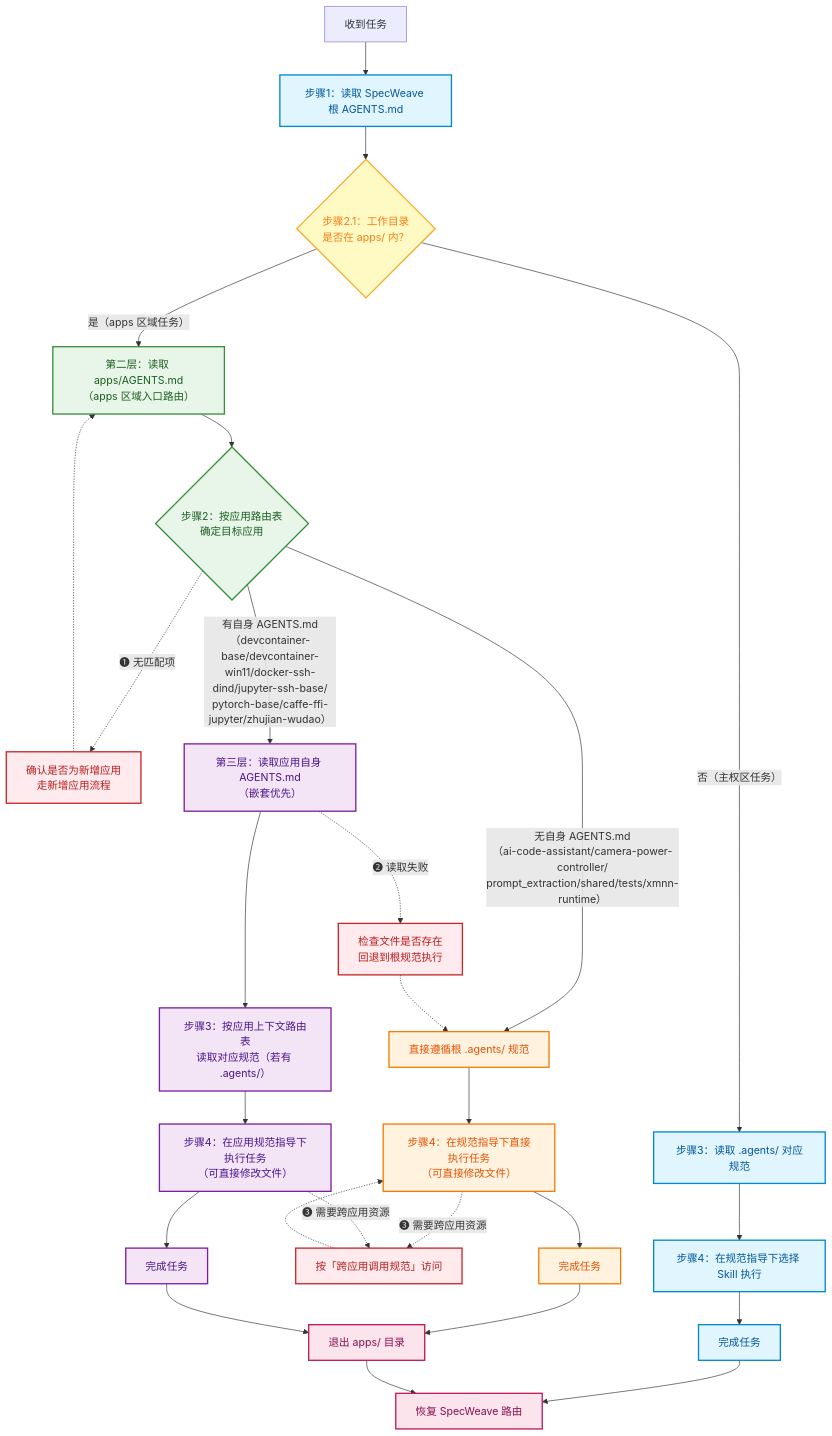
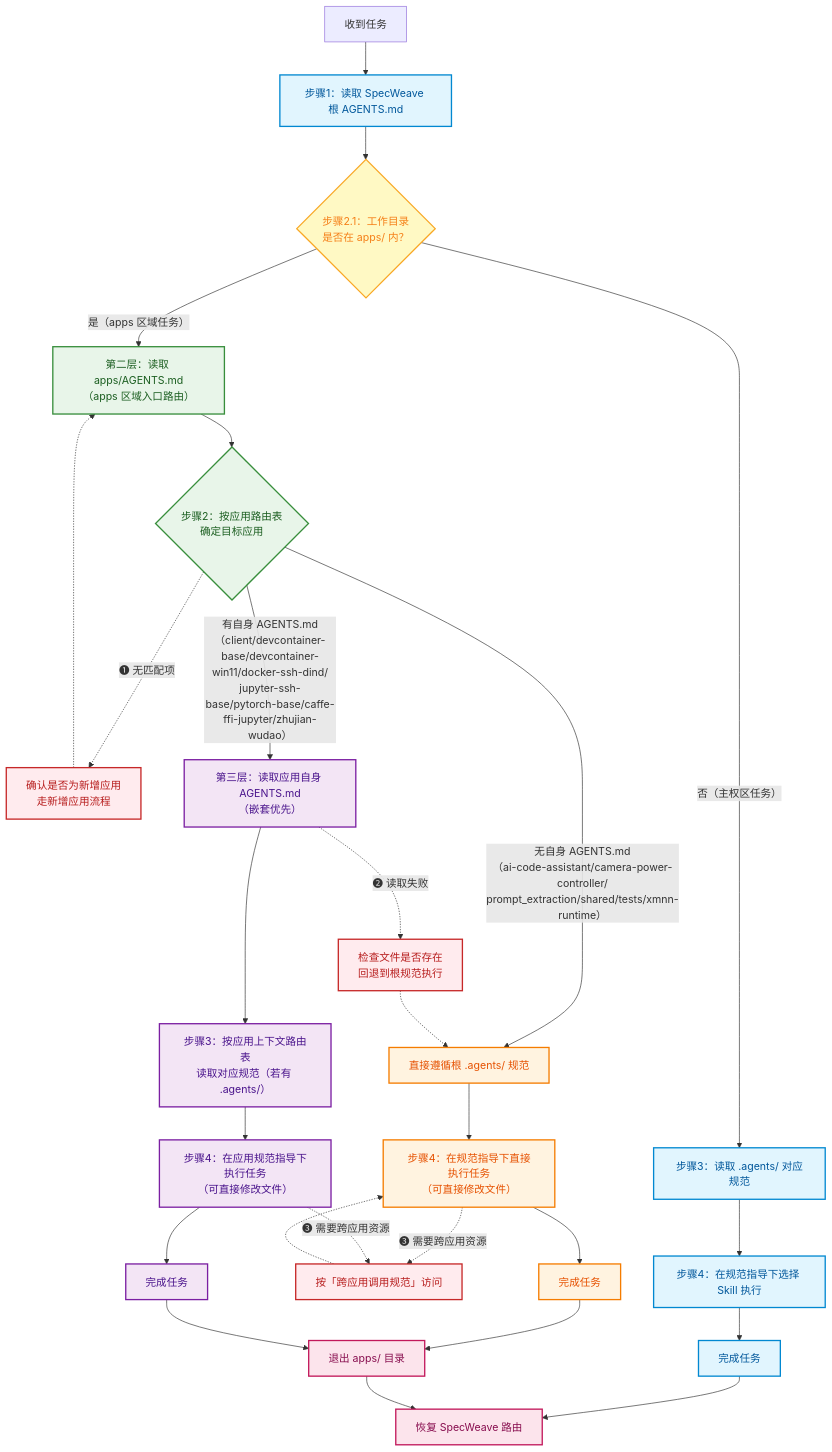
The diagram in apps/AGENTS.md (xinetzone/SpecWeave), drawn with Mermaid before and after one commit. The commit also changed other lines of this file and 6 other files, not shown here.

````diff
--- a/apps/AGENTS.md
+++ b/apps/AGENTS.md
@@ -90,43 +90,43 @@
 ```mermaid
 flowchart TD
     Start["收到任务"] --> Step1["步骤1：读取 SpecWeave 根 AGENTS.md"]
     Step1 --> Step21{"步骤2.1：工作目录<br/>是否在 apps/ 内？"}
     Step21 -->|"否（主权区任务）"| Step3A["步骤3：读取 .agents/ 对应规范"]
     Step3A --> Step4A["步骤4：在规范指导下选择 Skill 执行"]
     Step4A --> Done1["完成任务"]
     Step21 -->|"是（apps 区域任务）"| Layer2["第二层：读取 apps/AGENTS.md<br/>（apps 区域入口路由）"]
     Layer2 --> SubApp{"步骤2：按应用路由表<br/>确定目标应用"}
     SubApp -.->|"❶ 无匹配项"| E1["确认是否为新增应用<br/>走新增应用流程"]
     E1 -.-> Layer2
-    SubApp -->|"有自身 AGENTS.md<br/>（devcontainer-base/devcontainer-win11/docker-ssh-dind/jupyter-ssh-base/<br/>pytorch-base/caffe-ffi-jupyter/zhujian-wudao）"| Layer3["第三层：读取应用自身 AGENTS.md<br/>（嵌套优先）"]
+    SubApp -->|"有自身 AGENTS.md<br/>（client/devcontainer-base/devcontainer-win11/docker-ssh-dind/<br/>jupyter-ssh-base/pytorch-base/caffe-ffi-jupyter/zhujian-wudao）"| Layer3["第三层：读取应用自身 AGENTS.md<br/>（嵌套优先）"]
     SubApp -->|"无自身 AGENTS.md<br/>（ai-code-assistant/camera-power-controller/<br/>prompt_extraction/shared/tests/xmnn-runtime）"| Direct["直接遵循根 .agents/ 规范"]
     Layer3 -.->|"❷ 读取失败"| E2["检查文件是否存在<br/>回退到根规范执行"]
     E2 -.-> Direct
     Layer3 --> Step3B["步骤3：按应用上下文路由表<br/>读取对应规范（若有 .agents/）"]
     Direct --> Step4B["步骤4：在规范指导下直接执行任务<br/>（可直接修改文件）"]
     Step3B --> Step4C["步骤4：在应用规范指导下执行任务<br/>（可直接修改文件）"]
     Step4B -.->|"❸ 需要跨应用资源"| E3["按「跨应用调用规范」访问"]
     Step4C -.->|"❸ 需要跨应用资源"| E3
     E3 -.-> Step4B
     Step4B --> Done2["完成任务"]
     Step4C --> Done3["完成任务"]
     Done2 --> Exit["退出 apps/ 目录"]
     Done3 --> Exit
     Done1 --> Restore["恢复 SpecWeave 路由"]
     Exit --> Restore
     %% 样式分层
     classDef specWeave fill:#e1f5fe,stroke:#0288d1,stroke-width:2px,color:#01579b
     classDef apps fill:#e8f5e9,stroke:#388e3c,stroke-width:2px,color:#1b5e20
     classDef appWithAgents fill:#f3e5f5,stroke:#7b1fa2,stroke-width:2px,color:#4a148c
     classDef appDirect fill:#fff3e0,stroke:#f57c00,stroke-width:2px,color:#e65100
     classDef exit fill:#fce4ec,stroke:#c2185b,stroke-width:2px,color:#880e4f
     classDef decision fill:#fff9c4,stroke:#f9a825,stroke-width:2px,color:#f57f17
     classDef error fill:#ffebee,stroke:#c62828,stroke-width:2px,color:#b71c1c
     class Step1,Step3A,Step4A,Done1 specWeave
     class Layer2,SubApp apps
     class Layer3,Step3B,Step4C,Done3 appWithAgents
     class Direct,Step4B,Done2 appDirect
     class Step21 decision
     class Exit,Restore exit
     class E1,E2,E3 error
 ```
````
